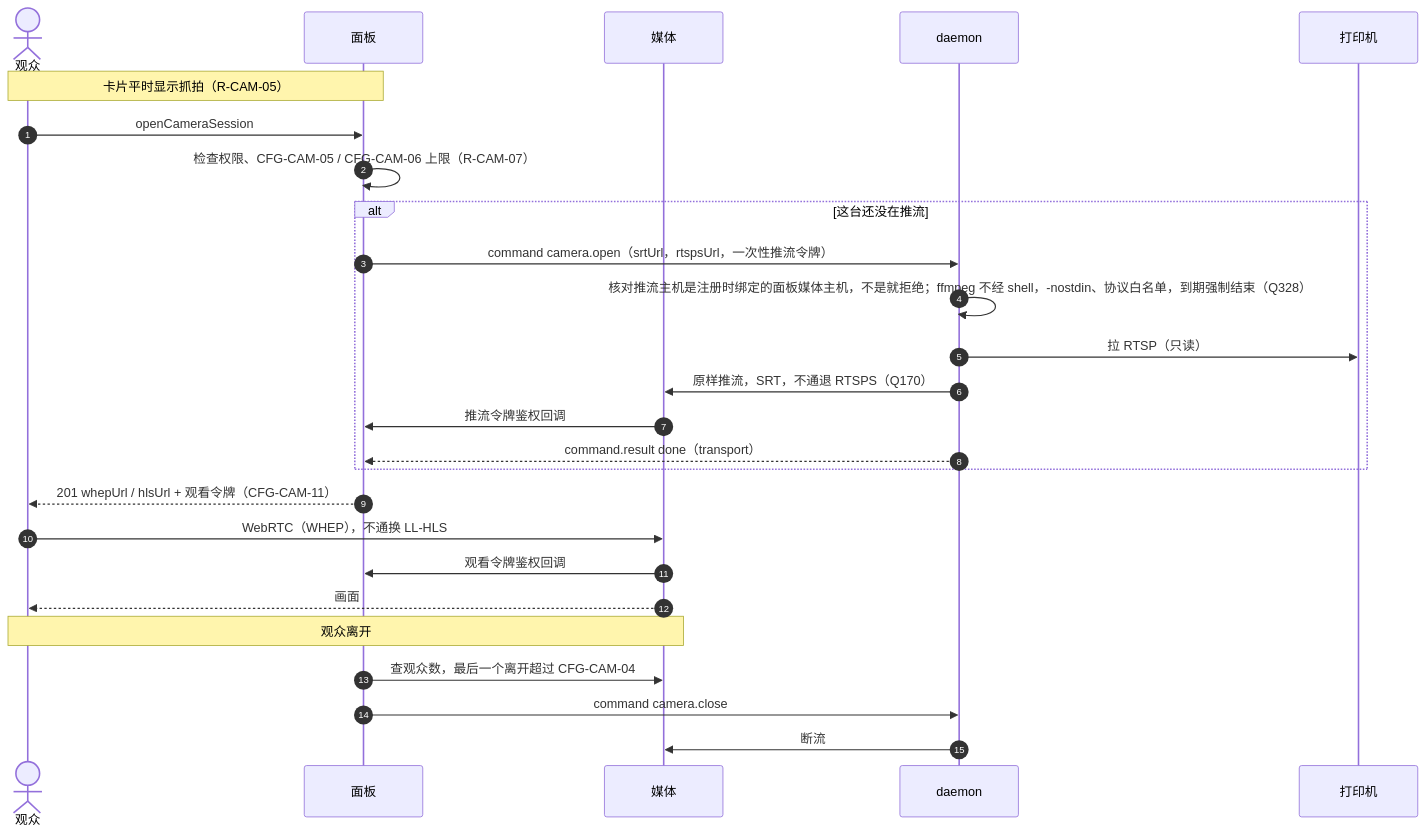
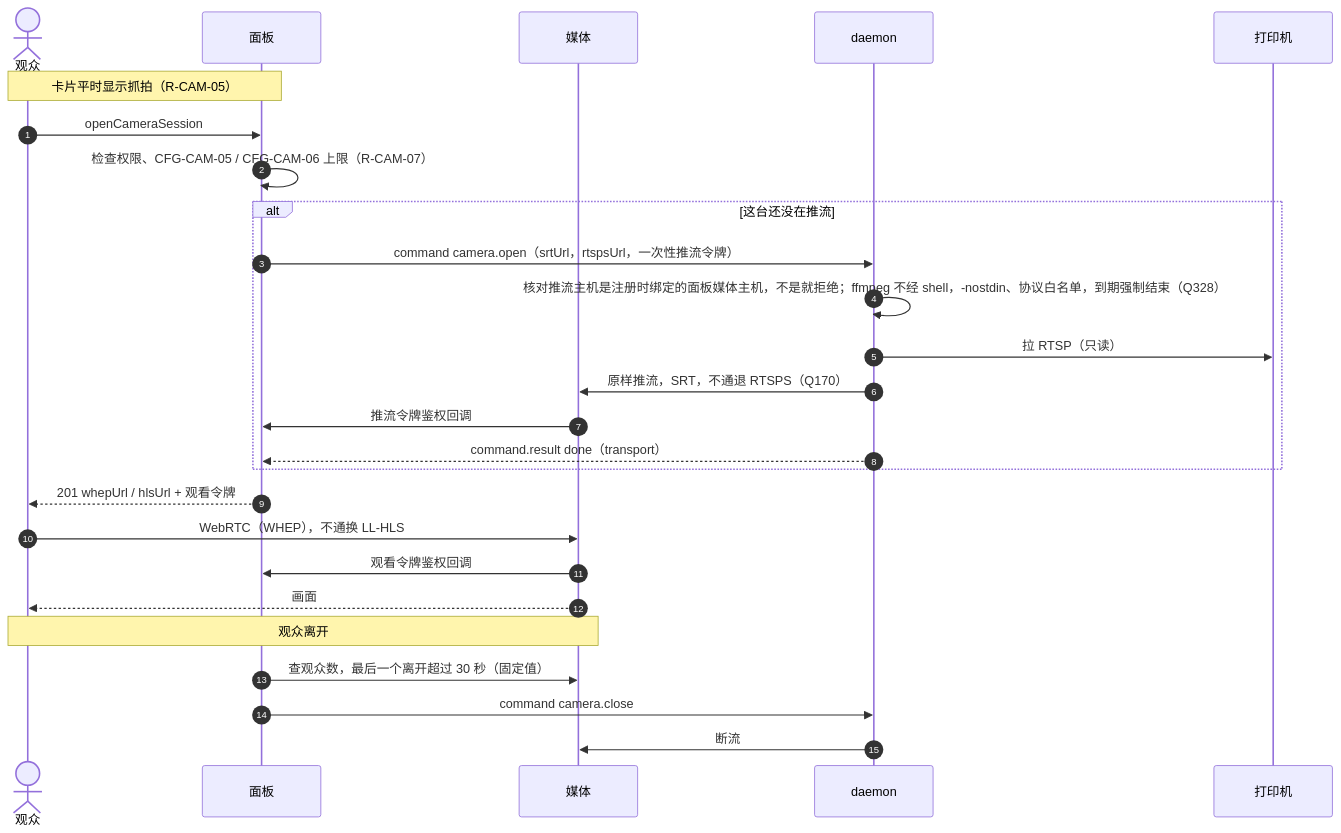
Before and after one commit to PlateRelay/PlateRelay: the tenth of 11 diagrams in docs/design/03-sequences.md, drawn with Mermaid. The commit also changed other lines of this file and 4 other files, not shown here.

First line of the commit message:
docs(design): update sequences and clean up references to removed rules in second draft

````diff
--- a/docs/design/03-sequences.md
+++ b/docs/design/03-sequences.md
@@ -404,28 +398,28 @@
 ```mermaid
 sequenceDiagram
   autonumber
   actor V as 观众
   participant P as 面板
   participant X as 媒体
   participant D as daemon
   participant R as 打印机
   Note over V,P: 卡片平时显示抓拍（R-CAM-05）
   V->>P: openCameraSession
   P->>P: 检查权限、CFG-CAM-05 / CFG-CAM-06 上限（R-CAM-07）
   alt 这台还没在推流
     P->>D: command camera.open（srtUrl，rtspsUrl，一次性推流令牌）
     D->>D: 核对推流主机是注册时绑定的面板媒体主机，不是就拒绝；ffmpeg 不经 shell，-nostdin、协议白名单，到期强制结束（Q328）
     D->>R: 拉 RTSP（只读）
     D->>X: 原样推流，SRT，不通退 RTSPS（Q170）
     X->>P: 推流令牌鉴权回调
     D-->>P: command.result done（transport）
   end
-  P-->>V: 201 whepUrl / hlsUrl + 观看令牌（CFG-CAM-11）
+  P-->>V: 201 whepUrl / hlsUrl + 观看令牌
   V->>X: WebRTC（WHEP），不通换 LL-HLS
   X->>P: 观看令牌鉴权回调
   X-->>V: 画面
   Note over V,X: 观众离开
-  P->>X: 查观众数，最后一个离开超过 CFG-CAM-04
+  P->>X: 查观众数，最后一个离开超过 30 秒（固定值）
   P->>D: command camera.close
   D->>X: 断流
 ```
````
